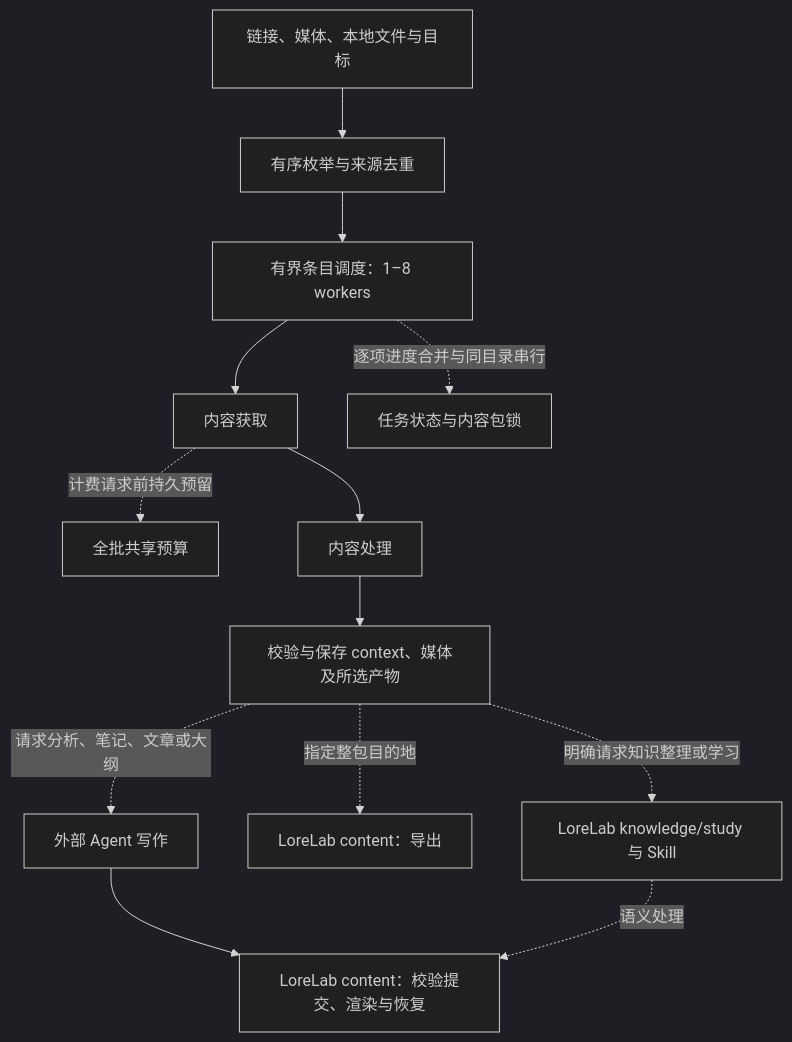
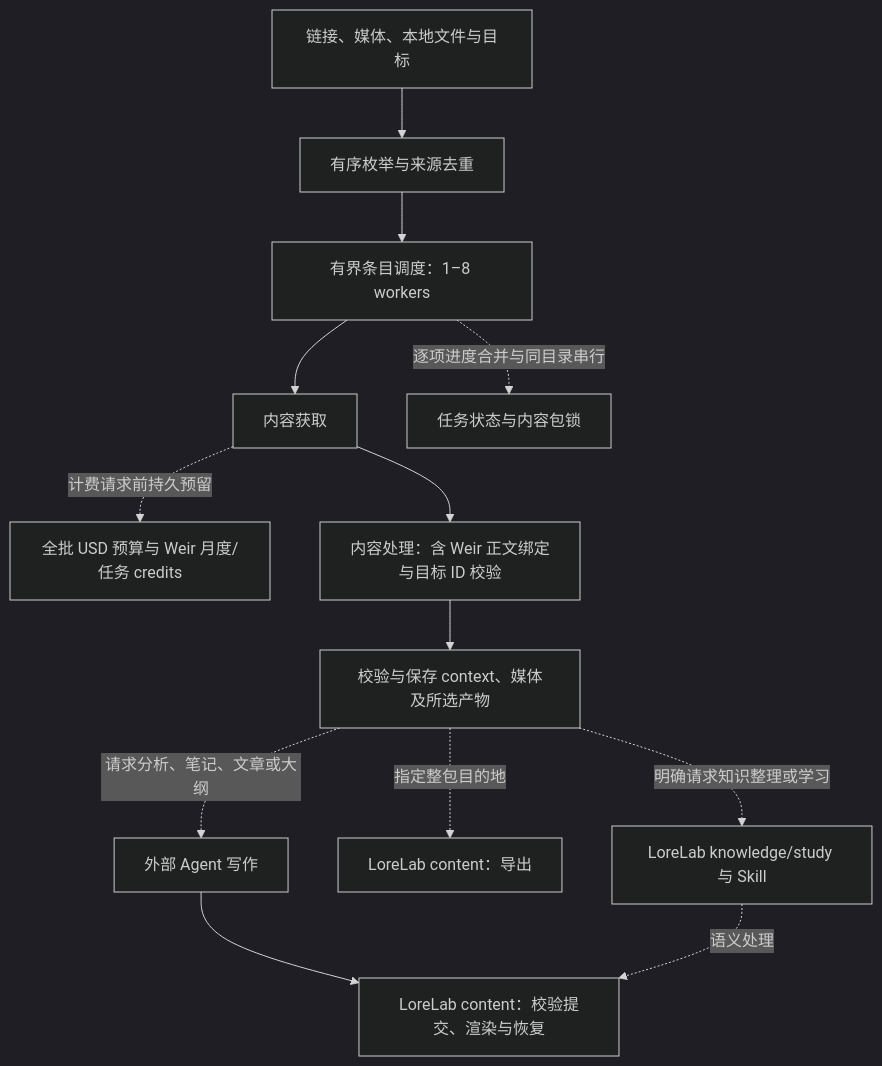
The first of 2 diagrams in modules/soota/docs/providers.md (0xTotoroX/lorelab), drawn with Mermaid (dark theme) before and after one commit. The commit also changed other lines of this file and 25 other files, not shown here.

````diff
--- a/modules/soota/docs/providers.md
+++ b/modules/soota/docs/providers.md
@@ -19,16 +19,16 @@
 ```mermaid
 flowchart TD
     A[链接、媒体、本地文件与目标] --> B[有序枚举与来源去重]
     B --> H[有界条目调度：1–8 workers]
     H --> C[内容获取]
     H -.逐项进度合并与同目录串行.-> S[任务状态与内容包锁]
-    C -.计费请求前持久预留.-> Q[全批共享预算]
-    C --> D[内容处理]
+    C -.计费请求前持久预留.-> Q[全批 USD 预算与 Weir 月度/任务 credits]
+    C --> D[内容处理：含 Weir 正文绑定与目标 ID 校验]
     D --> E[校验与保存 context、媒体及所选产物]
     E -.请求分析、笔记、文章或大纲.-> F[外部 Agent 写作]
     F --> L[LoreLab content：校验提交、渲染与恢复]
     E -.指定整包目的地.-> G[LoreLab content：导出]
     E -.明确请求知识整理或学习.-> K[LoreLab knowledge/study 与 Skill]
     K -.语义处理.-> L
 
 ```
````
